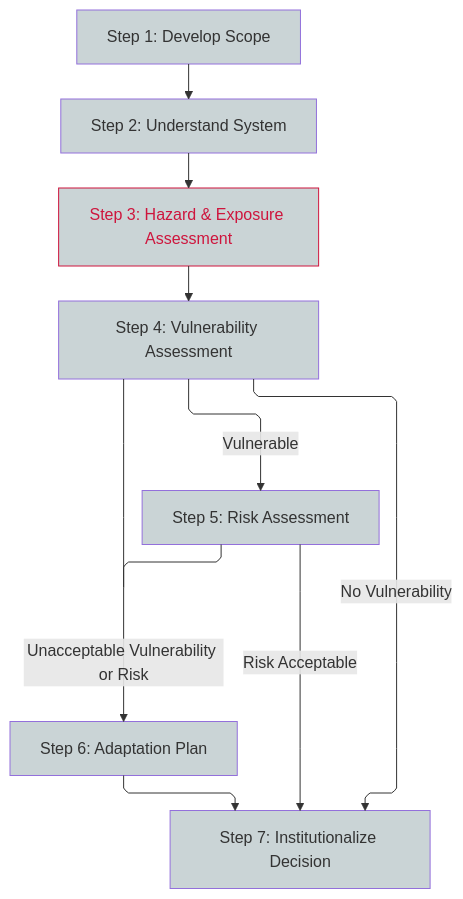
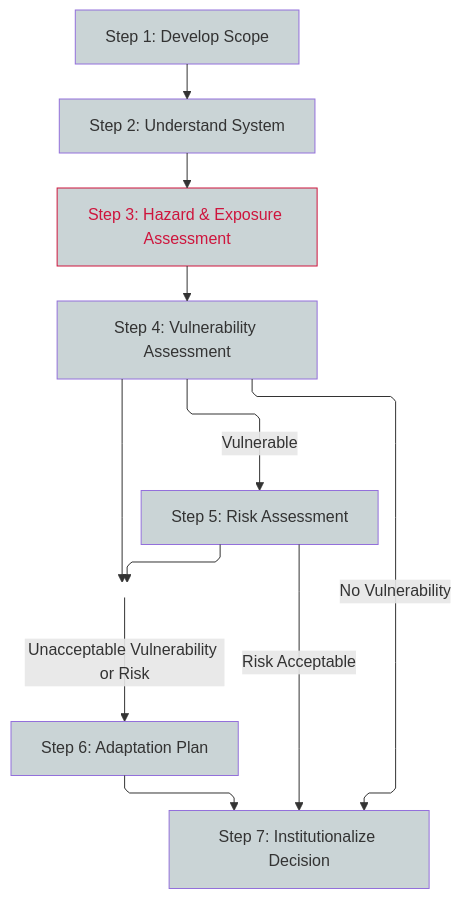
The first of 3 diagrams in ecdg_report/adaptation/risk_step3_hazard.qmd (Ouranosinc/energy_climate_data_guide), drawn with Mermaid before and after one commit. The commit also changed other lines of this file and 3 other files, not shown here.

````diff
--- a/ecdg_report/adaptation/risk_step3_hazard.qmd
+++ b/ecdg_report/adaptation/risk_step3_hazard.qmd
@@ -25,25 +25,26 @@
 ```{mermaid}
 %%| fig-align: center
 %%| fig-cap: "Generic Workflow for Adaptation"
 ---
 config:
     flowchart:
         curve: linear
 ---
 flowchart-elk TD
     A[Step 1: Develop Scope]:::basic --> B[Step 2: Understand System]:::basic
     B --> C[Step 3: Hazard & Exposure Assessment]:::focus
     C --> D[Step 4: Vulnerability Assessment]:::basic
     H[Step 7: Institutionalize Decision]:::basic
     D --> |No Vulnerability| H
     D --> |Vulnerable| E[Step 5: Risk Assessment]:::basic
     F[Step 6: Adaptation Plan]:::basic
-    D & E --- J1[ ]:::join
+    D --> J1(( )):::join
+    E --> J1
     J1 --> |Unacceptable Vulnerability or Risk| F
     E --> |Risk Acceptable| H
     F --> H
 
     classDef basic fill:#CAD4D6
     classDef focus fill:#CAD4D6, stroke:#CE153D, color:#CE153D
-    classDef join height:0px
+    classDef join fill:none,stroke:none
 ```
````
